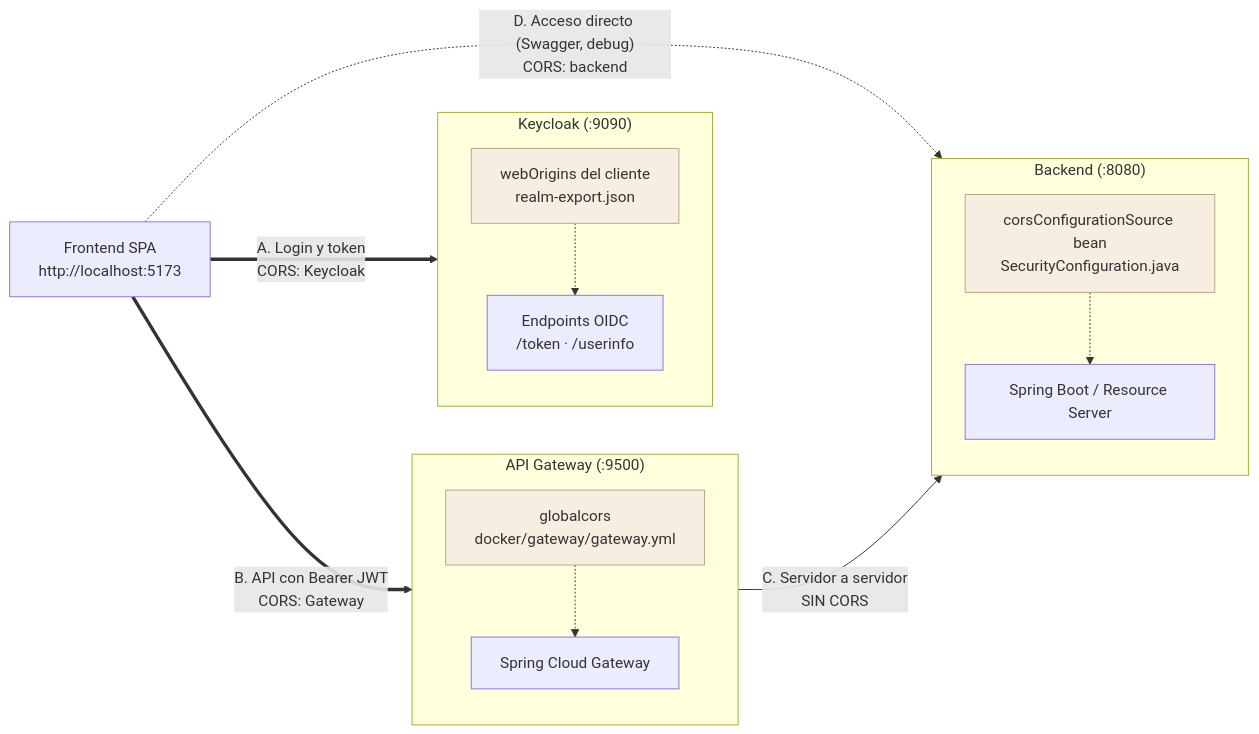
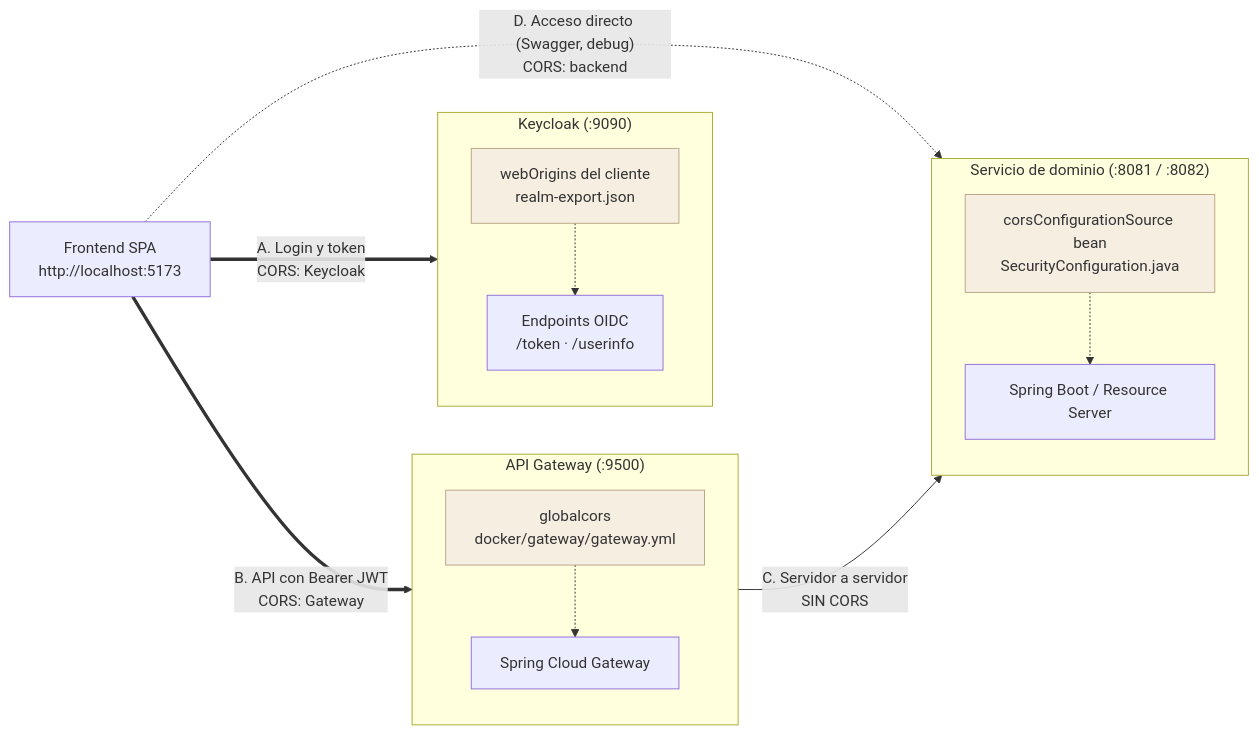
Before and after one commit to hmunoz/springboot-sso: the second of 3 diagrams in docs/CORS.md, drawn with Mermaid. The commit also changed other lines of this file and 7 other files, not shown here.

Commit message:
docs: update Keycloak realm configuration and documentation for dual-service architecture

````diff
--- a/docs/CORS.md
+++ b/docs/CORS.md
@@ -75,35 +75,35 @@
 ```mermaid
 flowchart LR
     SPA["Frontend SPA<br/>http://localhost:5173"]
 
     subgraph KCB ["Keycloak (:9090)"]
         direction TB
         KCCFG["webOrigins del cliente<br/>realm-export.json"]
         KC["Endpoints OIDC<br/>/token · /userinfo"]
         KCCFG -.-> KC
     end
 
     subgraph GWB ["API Gateway (:9500)"]
         direction TB
         GWCFG["globalcors<br/>docker/gateway/gateway.yml"]
         GW["Spring Cloud Gateway"]
         GWCFG -.-> GW
     end
 
-    subgraph BEB ["Backend (:8080)"]
+    subgraph BEB ["Servicio de dominio (:8081 / :8082)"]
         direction TB
         BECFG["corsConfigurationSource bean<br/>SecurityConfiguration.java"]
         BE["Spring Boot / Resource Server"]
         BECFG -.-> BE
     end
 
     SPA == "A. Login y token<br/>CORS: Keycloak" ==> KC
     SPA == "B. API con Bearer JWT<br/>CORS: Gateway" ==> GW
     GW -- "C. Servidor a servidor<br/>SIN CORS" --> BE
     SPA -. "D. Acceso directo (Swagger, debug)<br/>CORS: backend" .-> BE
 
     style KCCFG fill:#f5eee1,stroke:#b8a684
     style GWCFG fill:#f5eee1,stroke:#b8a684
     style BECFG fill:#f5eee1,stroke:#b8a684
 
 ```
````
